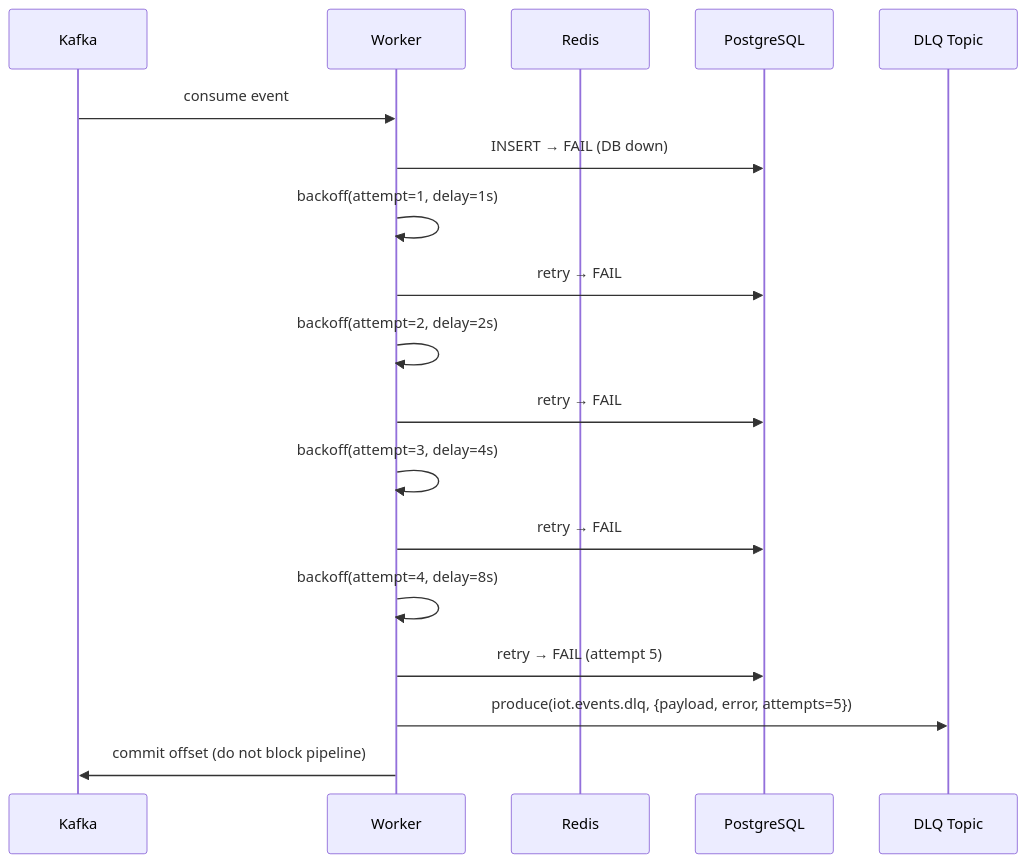
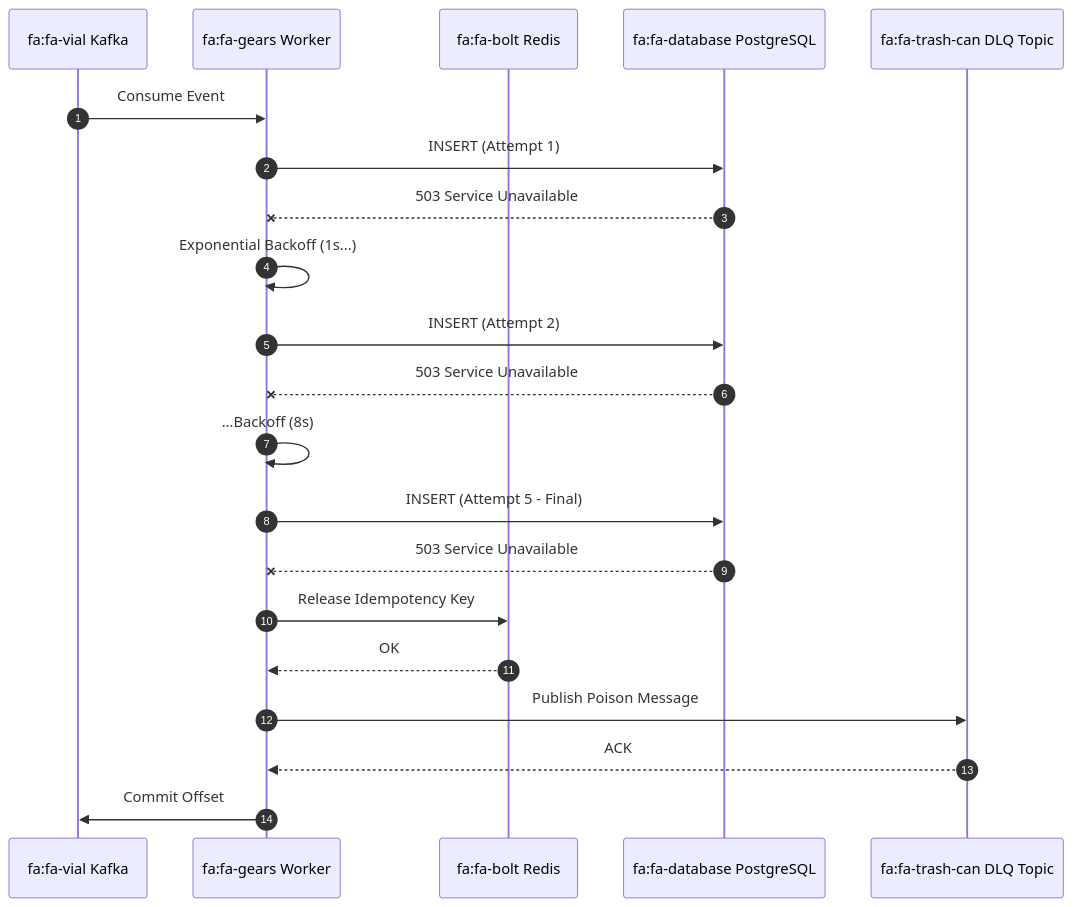
The third of 4 diagrams in docs/system_design.md (umeshror/iotflow-distributed-system), drawn with Mermaid before and after one commit. The commit also changed other lines of this file and 38 other files, not shown here.

Commit message:
Introduced IOT Flow

````diff
--- a/docs/system_design.md
+++ b/docs/system_design.md
@@ -171,21 +175,24 @@
 ```mermaid
 sequenceDiagram
-    participant K as Kafka
-    participant W as Worker
-    participant R as Redis
-    participant PG as PostgreSQL
-    participant DLQ as DLQ Topic
+    autonumber
+    participant K as fa:fa-vial Kafka
+    participant W as fa:fa-gears Worker
+    participant R as fa:fa-bolt Redis
+    participant PG as fa:fa-database PostgreSQL
+    participant DLQ as fa:fa-trash-can DLQ Topic
 
-    K->>W: consume event
-    W->>PG: INSERT → FAIL (DB down)
-    W->>W: backoff(attempt=1, delay=1s)
-    W->>PG: retry → FAIL
-    W->>W: backoff(attempt=2, delay=2s)
-    W->>PG: retry → FAIL
-    W->>W: backoff(attempt=3, delay=4s)
-    W->>PG: retry → FAIL
-    W->>W: backoff(attempt=4, delay=8s)
-    W->>PG: retry → FAIL (attempt 5)
-    W->>DLQ: produce(iot.events.dlq, {payload, error, attempts=5})
-    W->>K: commit offset (do not block pipeline)
+    K->>W: Consume Event
+    W->>PG: INSERT (Attempt 1)
+    PG--xW: 503 Service Unavailable
+    W->>W: Exponential Backoff (1s...)
+    W->>PG: INSERT (Attempt 2)
+    PG--xW: 503 Service Unavailable
+    W->>W: ...Backoff (8s)
+    W->>PG: INSERT (Attempt 5 - Final)
+    PG--xW: 503 Service Unavailable
+    W->>R: Release Idempotency Key
+    R-->>W: OK
+    W->>DLQ: Publish Poison Message
+    DLQ-->>W: ACK
+    W->>K: Commit Offset
 ```
````
